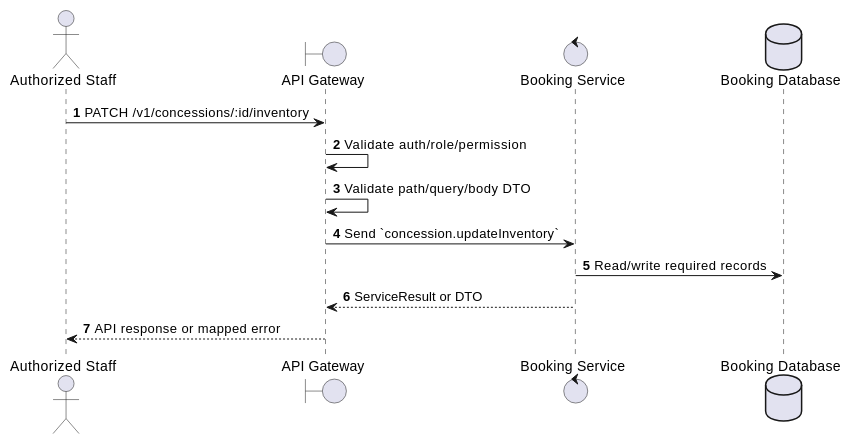
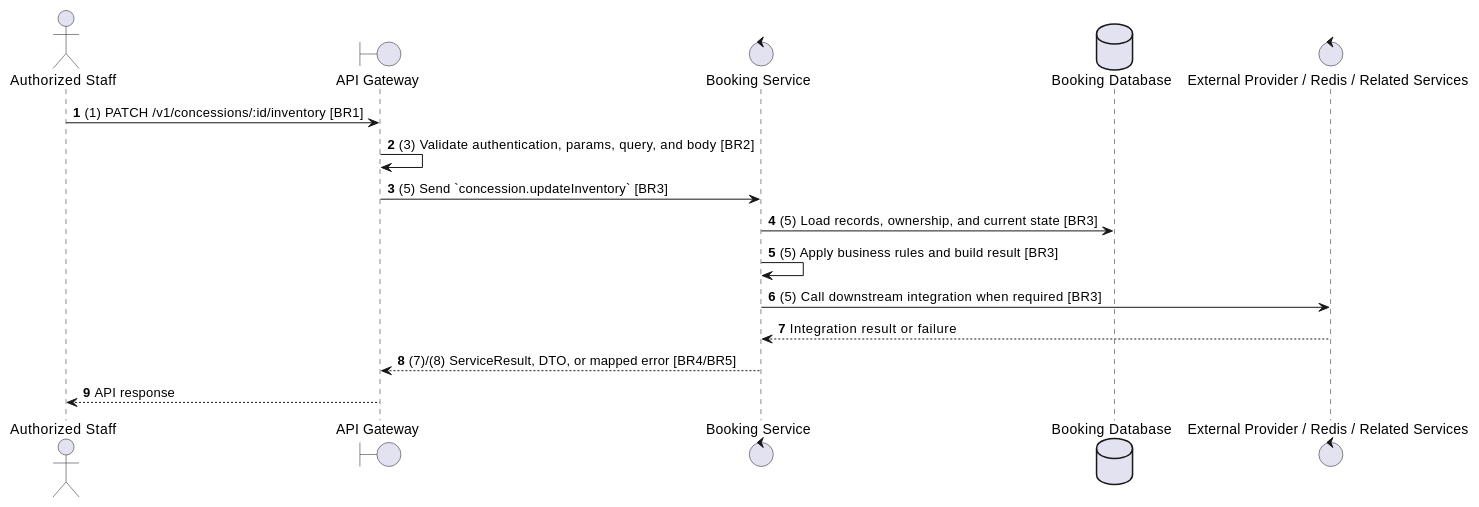
Before and after one commit to Tanh1603/movie-hub-architecture: the second of 2 diagrams in docs/functional_specs/3.9_Concessions_FB_Module/CS-06_Update_Inventory.md, drawn with PlantUML. The commit also changed other lines of this file and 129 other files, not shown here.

````diff
--- a/docs/functional_specs/3.9_Concessions_FB_Module/CS-06_Update_Inventory.md
+++ b/docs/functional_specs/3.9_Concessions_FB_Module/CS-06_Update_Inventory.md
@@ -17,17 +64,20 @@
 ```plantuml
 @startuml
 autonumber
 actor "Authorized Staff" as Actor
 boundary "API Gateway" as GW
 control "Booking Service" as SVC
 database "Booking Database" as DB
+control "External Provider / Redis / Related Services" as EXT
 
-Actor -> GW: PATCH /v1/concessions/:id/inventory
-GW -> GW: Validate auth/role/permission
-GW -> GW: Validate path/query/body DTO
-GW -> SVC: Send `concession.updateInventory`
-SVC -> DB: Read/write required records
-SVC --> GW: ServiceResult or DTO
-GW --> Actor: API response or mapped error
+Actor -> GW: (1) PATCH /v1/concessions/:id/inventory [BR1]
+GW -> GW: (3) Validate authentication, params, query, and body [BR2]
+GW -> SVC: (5) Send `concession.updateInventory` [BR3]
+SVC -> DB: (5) Load records, ownership, and current state [BR3]
+SVC -> SVC: (5) Apply business rules and build result [BR3]
+SVC -> EXT: (5) Call downstream integration when required [BR3]
+EXT --> SVC: Integration result or failure
+SVC --> GW: (7)/(8) ServiceResult, DTO, or mapped error [BR4/BR5]
+GW --> Actor: API response
 @enduml
 ```
````
